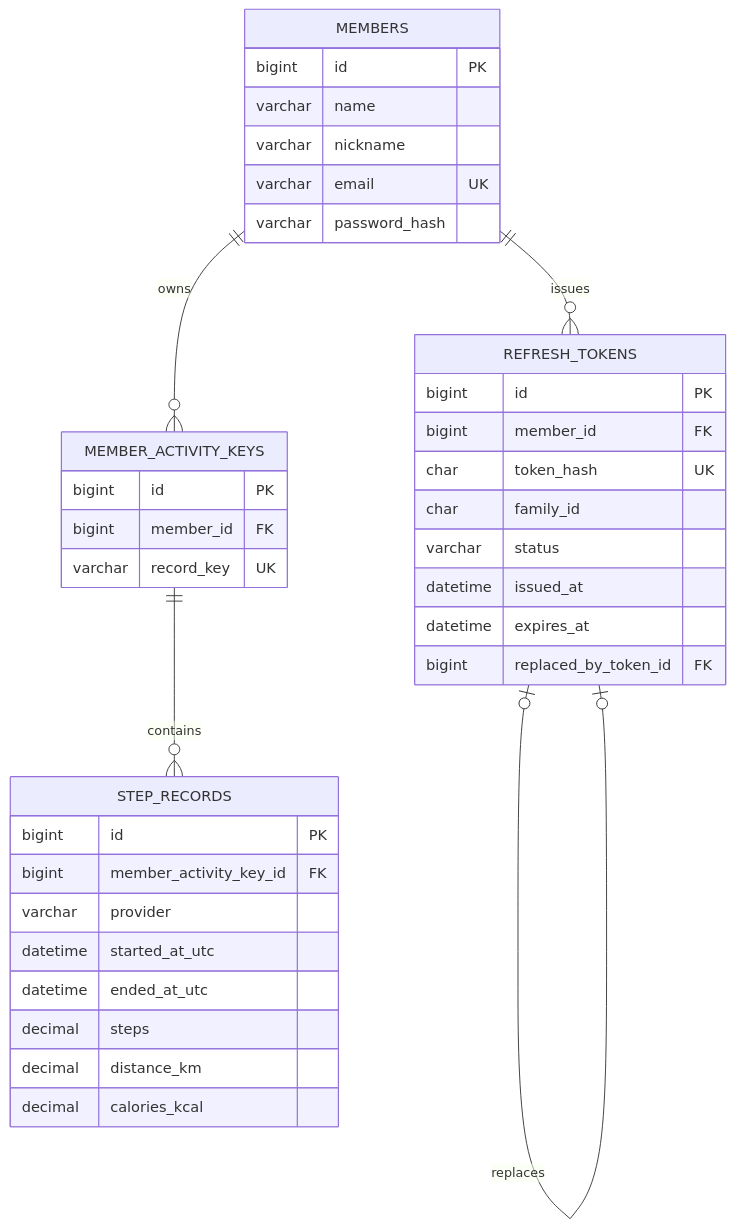
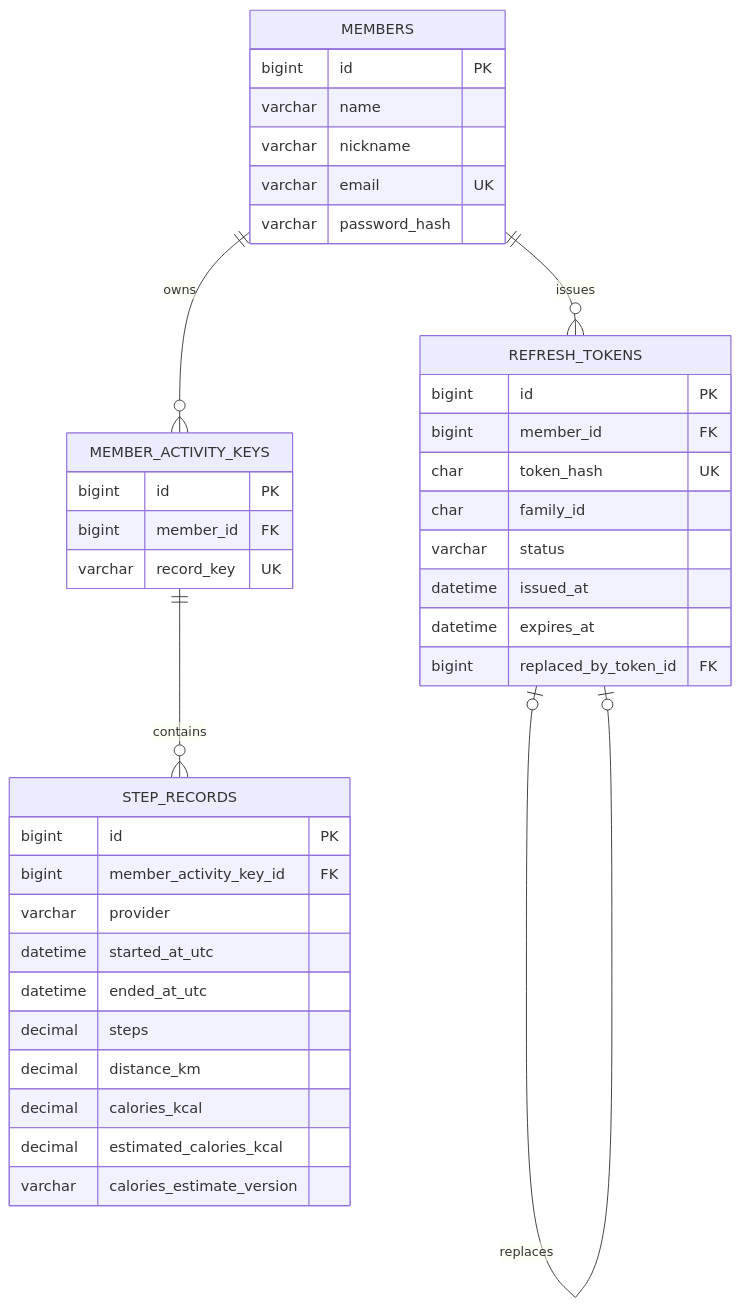
One commit to abcshc/wellness-activity-service changed the diagram in docs/data-model.md. Above: the diagram before and after it, drawn with Mermaid. The commit also changed other lines of this file and 16 other files, not shown here.

````diff
--- a/docs/data-model.md
+++ b/docs/data-model.md
@@ -7,39 +7,41 @@
 ```mermaid
 erDiagram
     MEMBERS {
         bigint id PK
         varchar name
         varchar nickname
         varchar email UK
         varchar password_hash
     }
     REFRESH_TOKENS {
         bigint id PK
         bigint member_id FK
         char token_hash UK
         char family_id
         varchar status
         datetime issued_at
         datetime expires_at
         bigint replaced_by_token_id FK
     }
     MEMBER_ACTIVITY_KEYS {
         bigint id PK
         bigint member_id FK
         varchar record_key UK
     }
     STEP_RECORDS {
         bigint id PK
         bigint member_activity_key_id FK
         varchar provider
         datetime started_at_utc
         datetime ended_at_utc
         decimal steps
         decimal distance_km
         decimal calories_kcal
+        decimal estimated_calories_kcal
+        varchar calories_estimate_version
     }
     MEMBERS ||--o{ REFRESH_TOKENS : issues
     REFRESH_TOKENS o|--o| REFRESH_TOKENS : replaces
     MEMBERS ||--o{ MEMBER_ACTIVITY_KEYS : owns
     MEMBER_ACTIVITY_KEYS ||--o{ STEP_RECORDS : contains
 ```
````
